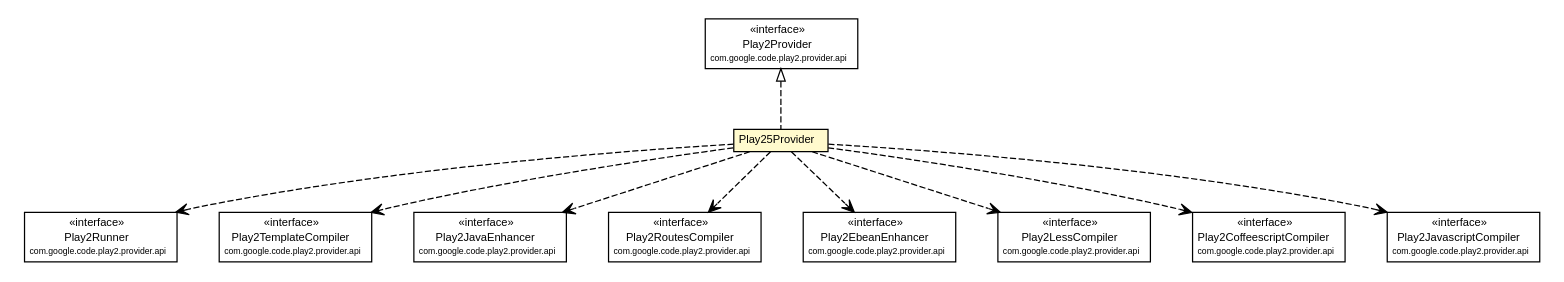
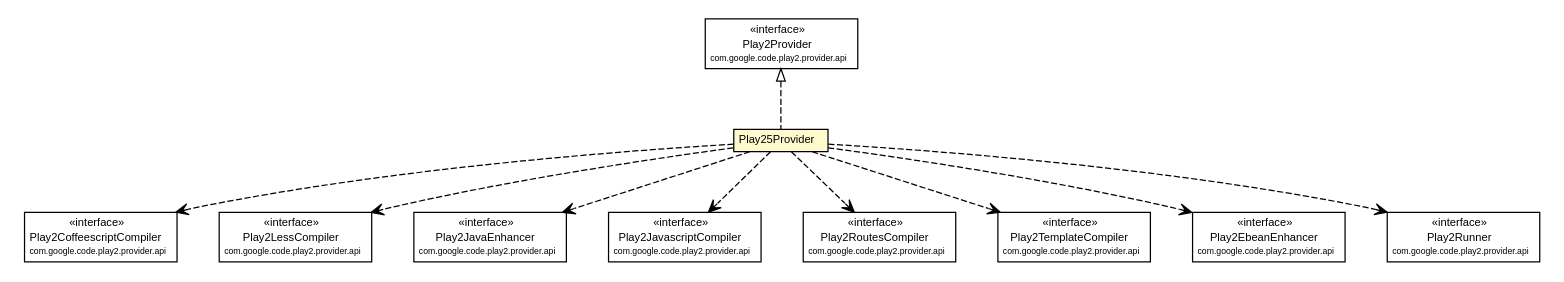
The diagram in play2-maven-plugin/1.0.0-beta5-SNAPSHOT/play2-providers/play2-provider-play25/apidocs/com/google/code/play2/provider/play25/Play25Provider.dot (play2-maven-plugin/play2-maven-plugin.github.io), drawn with Graphviz before and after one commit. The commit also changed 309 other files, not shown here.

```diff
--- a/play2-maven-plugin/1.0.0-beta5-SNAPSHOT/play2-providers/play2-provider-play25/apidocs/com/google/code/play2/provider/play25/Play25Provider.dot
+++ b/play2-maven-plugin/1.0.0-beta5-SNAPSHOT/play2-providers/play2-provider-play25/apidocs/com/google/code/play2/provider/play25/Play25Provider.dot
@@ -1,108 +1,108 @@
 #!/usr/local/bin/dot
 #
 # Class diagram 
 # Generated by UMLGraph version R5_6-24-gf6e263 (http://www.umlgraph.org/)
 #
 
 digraph G {
 	edge [fontname="arial",fontsize=10,labelfontname="arial",labelfontsize=10];
 	node [fontname="arial",fontsize=10,shape=plaintext];
 	nodesep=0.25;
 	ranksep=0.5;
 	// com.google.code.play2.provider.play25.Play25Provider
 	c190 [label=<<table title="com.google.code.play2.provider.play25.Play25Provider" border="0" cellborder="1" cellspacing="0" cellpadding="2" port="p" bgcolor="lemonChiffon" href="./Play25Provider.html">
 		<tr><td><table border="0" cellspacing="0" cellpadding="1">
 <tr><td align="center" balign="center"> Play25Provider </td></tr>
 		</table></td></tr>
 		</table>>, URL="./Play25Provider.html", fontname="arial", fontcolor="black", fontsize=9.0];
 	//com.google.code.play2.provider.play25.Play25Provider implements com.google.code.play2.provider.api.Play2Provider
 	c199:p -> c190:p [dir=back,arrowtail=empty,style=dashed];
-	// com.google.code.play2.provider.play25.Play25Provider DEPEND com.google.code.play2.provider.api.Play2Runner
+	// com.google.code.play2.provider.play25.Play25Provider DEPEND com.google.code.play2.provider.api.Play2CoffeescriptCompiler
 	c190:p -> c200:p [taillabel="", label="", headlabel="", fontname="arial", fontcolor="black", fontsize=10.0, color="black", arrowhead=open, style=dashed];
-	// com.google.code.play2.provider.play25.Play25Provider DEPEND com.google.code.play2.provider.api.Play2TemplateCompiler
+	// com.google.code.play2.provider.play25.Play25Provider DEPEND com.google.code.play2.provider.api.Play2LessCompiler
 	c190:p -> c201:p [taillabel="", label="", headlabel="", fontname="arial", fontcolor="black", fontsize=10.0, color="black", arrowhead=open, style=dashed];
 	// com.google.code.play2.provider.play25.Play25Provider DEPEND com.google.code.play2.provider.api.Play2JavaEnhancer
 	c190:p -> c202:p [taillabel="", label="", headlabel="", fontname="arial", fontcolor="black", fontsize=10.0, color="black", arrowhead=open, style=dashed];
+	// com.google.code.play2.provider.play25.Play25Provider DEPEND com.google.code.play2.provider.api.Play2JavascriptCompiler
+	c190:p -> c203:p [taillabel="", label="", headlabel="", fontname="arial", fontcolor="black", fontsize=10.0, color="black", arrowhead=open, style=dashed];
 	// com.google.code.play2.provider.play25.Play25Provider DEPEND com.google.code.play2.provider.api.Play2RoutesCompiler
-	c190:p -> c203:p [taillabel="", label="", headlabel="", fontname="arial", fontcolor="black", fontsize=10.0, color="black", arrowhead=open, style=dashed];
+	c190:p -> c204:p [taillabel="", label="", headlabel="", fontname="arial", fontcolor="black", fontsize=10.0, color="black", arrowhead=open, style=dashed];
+	// com.google.code.play2.provider.play25.Play25Provider DEPEND com.google.code.play2.provider.api.Play2TemplateCompiler
+	c190:p -> c205:p [taillabel="", label="", headlabel="", fontname="arial", fontcolor="black", fontsize=10.0, color="black", arrowhead=open, style=dashed];
 	// com.google.code.play2.provider.play25.Play25Provider DEPEND com.google.code.play2.provider.api.Play2EbeanEnhancer
-	c190:p -> c204:p [taillabel="", label="", headlabel="", fontname="arial", fontcolor="black", fontsize=10.0, color="black", arrowhead=open, style=dashed];
-	// com.google.code.play2.provider.play25.Play25Provider DEPEND com.google.code.play2.provider.api.Play2LessCompiler
-	c190:p -> c205:p [taillabel="", label="", headlabel="", fontname="arial", fontcolor="black", fontsize=10.0, color="black", arrowhead=open, style=dashed];
-	// com.google.code.play2.provider.play25.Play25Provider DEPEND com.google.code.play2.provider.api.Play2CoffeescriptCompiler
 	c190:p -> c206:p [taillabel="", label="", headlabel="", fontname="arial", fontcolor="black", fontsize=10.0, color="black", arrowhead=open, style=dashed];
-	// com.google.code.play2.provider.play25.Play25Provider DEPEND com.google.code.play2.provider.api.Play2JavascriptCompiler
+	// com.google.code.play2.provider.play25.Play25Provider DEPEND com.google.code.play2.provider.api.Play2Runner
 	c190:p -> c207:p [taillabel="", label="", headlabel="", fontname="arial", fontcolor="black", fontsize=10.0, color="black", arrowhead=open, style=dashed];
 	// com.google.code.play2.provider.api.Play2Provider
 	c199 [label=<<table title="com.google.code.play2.provider.api.Play2Provider" border="0" cellborder="1" cellspacing="0" cellpadding="2" port="p">
 		<tr><td><table border="0" cellspacing="0" cellpadding="1">
 <tr><td align="center" balign="center"> &#171;interface&#187; </td></tr>
 <tr><td align="center" balign="center"> Play2Provider </td></tr>
 <tr><td align="center" balign="center"><font point-size="7.0"> com.google.code.play2.provider.api </font></td></tr>
 		</table></td></tr>
 		</table>>, URL="null", fontname="arial", fontcolor="black", fontsize=9.0];
 	// com.google.code.play2.provider.api.Play2RoutesCompiler
-	c203 [label=<<table title="com.google.code.play2.provider.api.Play2RoutesCompiler" border="0" cellborder="1" cellspacing="0" cellpadding="2" port="p">
+	c204 [label=<<table title="com.google.code.play2.provider.api.Play2RoutesCompiler" border="0" cellborder="1" cellspacing="0" cellpadding="2" port="p">
 		<tr><td><table border="0" cellspacing="0" cellpadding="1">
 <tr><td align="center" balign="center"> &#171;interface&#187; </td></tr>
 <tr><td align="center" balign="center"> Play2RoutesCompiler </td></tr>
 <tr><td align="center" balign="center"><font point-size="7.0"> com.google.code.play2.provider.api </font></td></tr>
 		</table></td></tr>
 		</table>>, URL="null", fontname="arial", fontcolor="black", fontsize=9.0];
 	// com.google.code.play2.provider.api.Play2LessCompiler
-	c205 [label=<<table title="com.google.code.play2.provider.api.Play2LessCompiler" border="0" cellborder="1" cellspacing="0" cellpadding="2" port="p">
+	c201 [label=<<table title="com.google.code.play2.provider.api.Play2LessCompiler" border="0" cellborder="1" cellspacing="0" cellpadding="2" port="p">
 		<tr><td><table border="0" cellspacing="0" cellpadding="1">
 <tr><td align="center" balign="center"> &#171;interface&#187; </td></tr>
 <tr><td align="center" balign="center"> Play2LessCompiler </td></tr>
 <tr><td align="center" balign="center"><font point-size="7.0"> com.google.code.play2.provider.api </font></td></tr>
 		</table></td></tr>
 		</table>>, URL="null", fontname="arial", fontcolor="black", fontsize=9.0];
 	// com.google.code.play2.provider.api.Play2TemplateCompiler
-	c201 [label=<<table title="com.google.code.play2.provider.api.Play2TemplateCompiler" border="0" cellborder="1" cellspacing="0" cellpadding="2" port="p">
+	c205 [label=<<table title="com.google.code.play2.provider.api.Play2TemplateCompiler" border="0" cellborder="1" cellspacing="0" cellpadding="2" port="p">
 		<tr><td><table border="0" cellspacing="0" cellpadding="1">
 <tr><td align="center" balign="center"> &#171;interface&#187; </td></tr>
 <tr><td align="center" balign="center"> Play2TemplateCompiler </td></tr>
 <tr><td align="center" balign="center"><font point-size="7.0"> com.google.code.play2.provider.api </font></td></tr>
 		</table></td></tr>
 		</table>>, URL="null", fontname="arial", fontcolor="black", fontsize=9.0];
 	// com.google.code.play2.provider.api.Play2CoffeescriptCompiler
-	c206 [label=<<table title="com.google.code.play2.provider.api.Play2CoffeescriptCompiler" border="0" cellborder="1" cellspacing="0" cellpadding="2" port="p">
+	c200 [label=<<table title="com.google.code.play2.provider.api.Play2CoffeescriptCompiler" border="0" cellborder="1" cellspacing="0" cellpadding="2" port="p">
 		<tr><td><table border="0" cellspacing="0" cellpadding="1">
 <tr><td align="center" balign="center"> &#171;interface&#187; </td></tr>
 <tr><td align="center" balign="center"> Play2CoffeescriptCompiler </td></tr>
 <tr><td align="center" balign="center"><font point-size="7.0"> com.google.code.play2.provider.api </font></td></tr>
 		</table></td></tr>
 		</table>>, URL="null", fontname="arial", fontcolor="black", fontsize=9.0];
 	// com.google.code.play2.provider.api.Play2EbeanEnhancer
-	c204 [label=<<table title="com.google.code.play2.provider.api.Play2EbeanEnhancer" border="0" cellborder="1" cellspacing="0" cellpadding="2" port="p">
+	c206 [label=<<table title="com.google.code.play2.provider.api.Play2EbeanEnhancer" border="0" cellborder="1" cellspacing="0" cellpadding="2" port="p">
 		<tr><td><table border="0" cellspacing="0" cellpadding="1">
 <tr><td align="center" balign="center"> &#171;interface&#187; </td></tr>
 <tr><td align="center" balign="center"> Play2EbeanEnhancer </td></tr>
 <tr><td align="center" balign="center"><font point-size="7.0"> com.google.code.play2.provider.api </font></td></tr>
 		</table></td></tr>
 		</table>>, URL="null", fontname="arial", fontcolor="black", fontsize=9.0];
 	// com.google.code.play2.provider.api.Play2JavascriptCompiler
-	c207 [label=<<table title="com.google.code.play2.provider.api.Play2JavascriptCompiler" border="0" cellborder="1" cellspacing="0" cellpadding="2" port="p">
+	c203 [label=<<table title="com.google.code.play2.provider.api.Play2JavascriptCompiler" border="0" cellborder="1" cellspacing="0" cellpadding="2" port="p">
 		<tr><td><table border="0" cellspacing="0" cellpadding="1">
 <tr><td align="center" balign="center"> &#171;interface&#187; </td></tr>
 <tr><td align="center" balign="center"> Play2JavascriptCompiler </td></tr>
 <tr><td align="center" balign="center"><font point-size="7.0"> com.google.code.play2.provider.api </font></td></tr>
 		</table></td></tr>
 		</table>>, URL="null", fontname="arial", fontcolor="black", fontsize=9.0];
 	// com.google.code.play2.provider.api.Play2JavaEnhancer
 	c202 [label=<<table title="com.google.code.play2.provider.api.Play2JavaEnhancer" border="0" cellborder="1" cellspacing="0" cellpadding="2" port="p">
 		<tr><td><table border="0" cellspacing="0" cellpadding="1">
 <tr><td align="center" balign="center"> &#171;interface&#187; </td></tr>
 <tr><td align="center" balign="center"> Play2JavaEnhancer </td></tr>
 <tr><td align="center" balign="center"><font point-size="7.0"> com.google.code.play2.provider.api </font></td></tr>
 		</table></td></tr>
 		</table>>, URL="null", fontname="arial", fontcolor="black", fontsize=9.0];
 	// com.google.code.play2.provider.api.Play2Runner
-	c200 [label=<<table title="com.google.code.play2.provider.api.Play2Runner" border="0" cellborder="1" cellspacing="0" cellpadding="2" port="p">
+	c207 [label=<<table title="com.google.code.play2.provider.api.Play2Runner" border="0" cellborder="1" cellspacing="0" cellpadding="2" port="p">
 		<tr><td><table border="0" cellspacing="0" cellpadding="1">
 <tr><td align="center" balign="center"> &#171;interface&#187; </td></tr>
 <tr><td align="center" balign="center"> Play2Runner </td></tr>
 <tr><td align="center" balign="center"><font point-size="7.0"> com.google.code.play2.provider.api </font></td></tr>
 		</table></td></tr>
 		</table>>, URL="null", fontname="arial", fontcolor="black", fontsize=9.0];
 }
```
